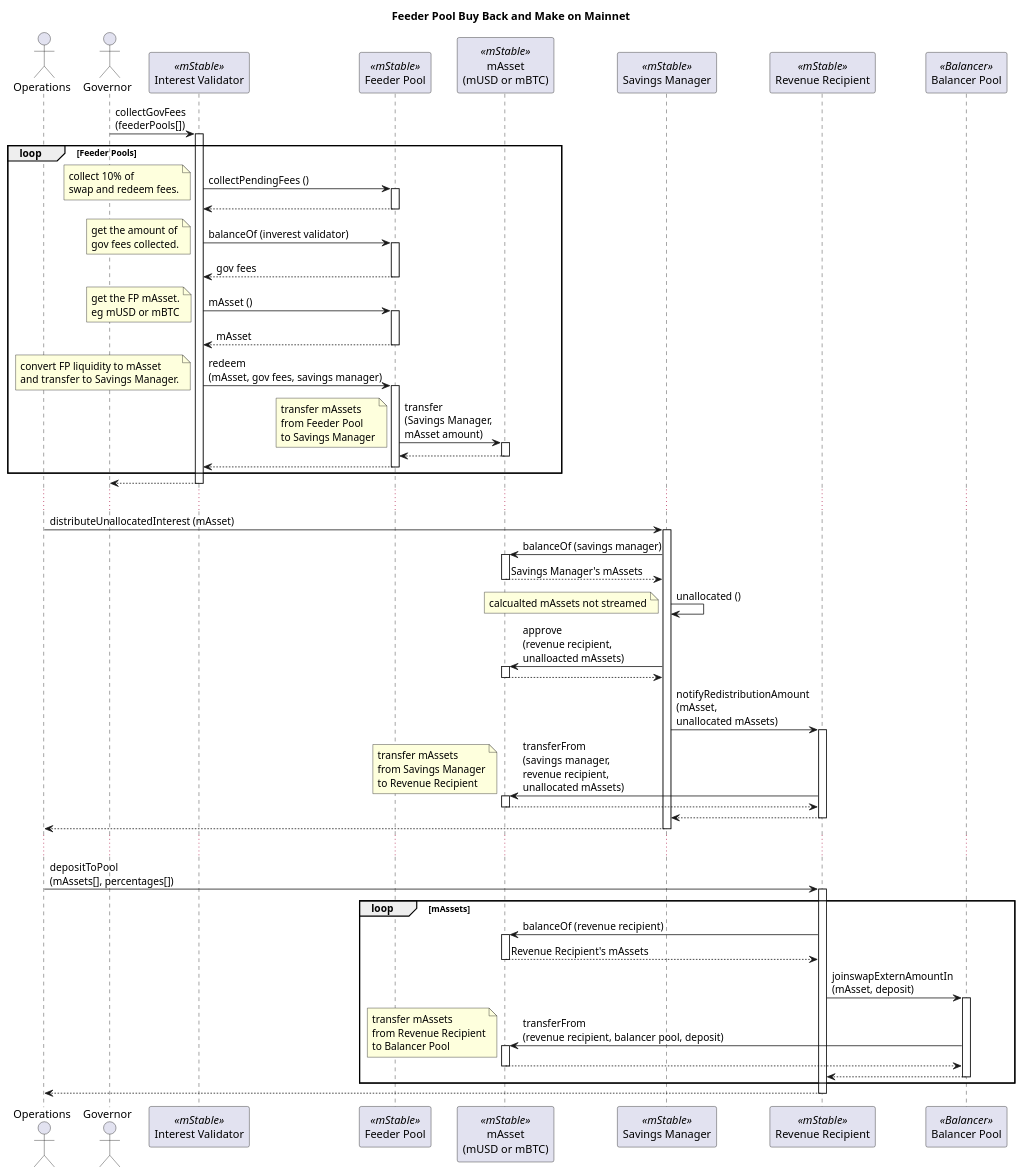
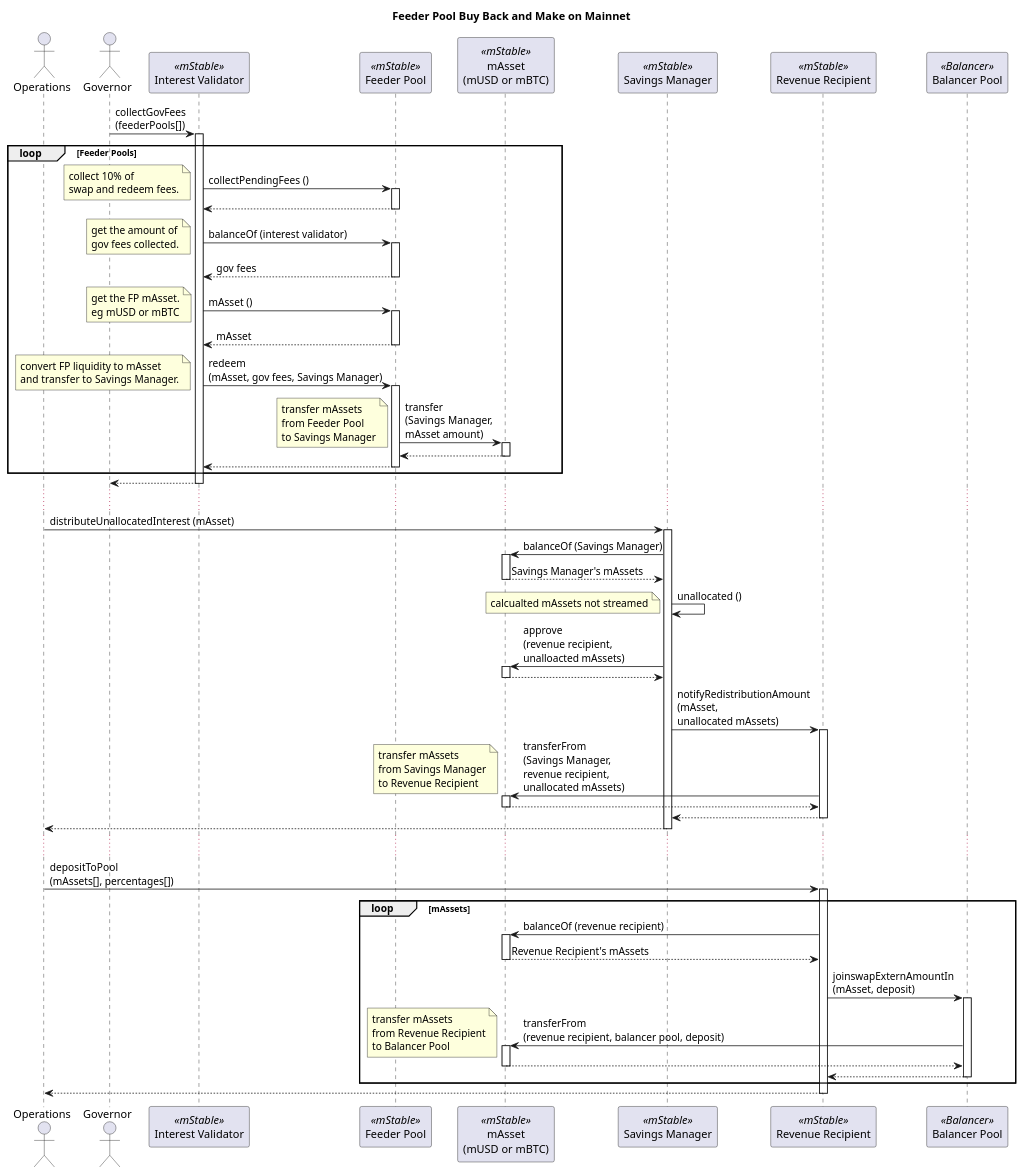
One commit to mstable/mStable-process-docs changed the diagram in buyBack/buybackFeederPoolMainnet.puml. Above: the diagram before and after it, drawn with PlantUML. The commit also changed 17 other files, not shown here.

```diff
--- a/buyBack/buybackFeederPoolMainnet.puml
+++ b/buyBack/buybackFeederPoolMainnet.puml
@@ -1,80 +1,80 @@
 @startuml
 
 title "Feeder Pool Buy Back and Make on Mainnet"
 
 actor "Operations" as op
 actor "Governor" as gov
 participant "Interest Validator" as iv <<mStable>>
 participant "Feeder Pool" as fp <<mStable>>
 participant "mAsset\n(mUSD or mBTC)" as musd <<mStable>>
 participant "Savings Manager" as sm <<mStable>>
 participant "Revenue Recipient" as rr <<mStable>>
 participant "Balancer Pool" as bp <<Balancer>>
 
 gov -> iv : collectGovFees\n(feederPools[])
 activate iv
 loop Feeder Pools
 iv -> fp : collectPendingFees ()
 activate fp
 note left: collect 10% of\nswap and redeem fees.
 return
-iv -> fp : balanceOf (inverest validator)
+iv -> fp : balanceOf (interest validator)
 activate fp
 note left: get the amount of\ngov fees collected.
 return gov fees
 
 iv -> fp : mAsset ()
 activate fp
 note left: get the FP mAsset.\neg mUSD or mBTC
 return mAsset
-iv -> fp : redeem\n(mAsset, gov fees, savings manager)
+iv -> fp : redeem\n(mAsset, gov fees, Savings Manager)
 activate fp
 note left: convert FP liquidity to mAsset\nand transfer to Savings Manager.
 fp -> musd : transfer\n(Savings Manager,\nmAsset amount)
 activate musd
 note left: transfer mAssets\nfrom Feeder Pool\nto Savings Manager
 return
 return
 end
 return
 
 ...
 
 op -> sm : distributeUnallocatedInterest (mAsset)
 activate sm
-sm -> musd : balanceOf (savings manager)
+sm -> musd : balanceOf (Savings Manager)
 activate musd
 return Savings Manager's mAssets
 sm -> sm : unallocated ()
 note left: calcualted mAssets not streamed
 sm -> musd : approve\n(revenue recipient,\nunalloacted mAssets)
 activate musd
 return
 sm -> rr : notifyRedistributionAmount\n(mAsset,\nunallocated mAssets)
 activate rr
-rr -> musd : transferFrom\n(savings manager,\nrevenue recipient,\nunallocated mAssets)
+rr -> musd : transferFrom\n(Savings Manager,\nrevenue recipient,\nunallocated mAssets)
 activate musd
 note left: transfer mAssets\nfrom Savings Manager\nto Revenue Recipient
 return
 return
 return
 
 ...
 
 op -> rr : depositToPool\n(mAssets[], percentages[])
 activate rr
 loop mAssets
 rr -> musd : balanceOf (revenue recipient)
 activate musd
 return Revenue Recipient's mAssets
 rr -> bp : joinswapExternAmountIn\n(mAsset, deposit)
 activate bp
 bp -> musd : transferFrom\n(revenue recipient, balancer pool, deposit)
 activate musd
 note left: transfer mAssets\nfrom Revenue Recipient\nto Balancer Pool
 return
 return
 end
 return
 
 @enduml
```
